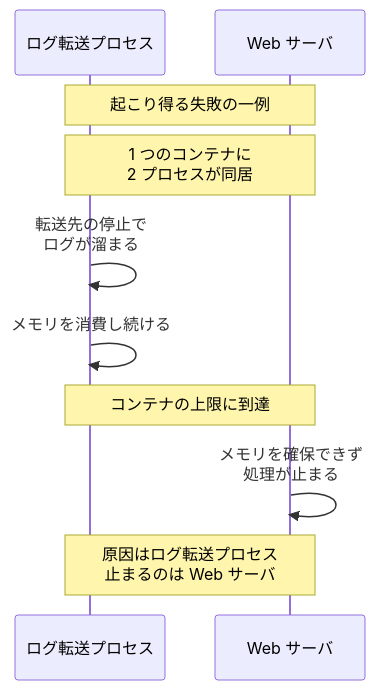
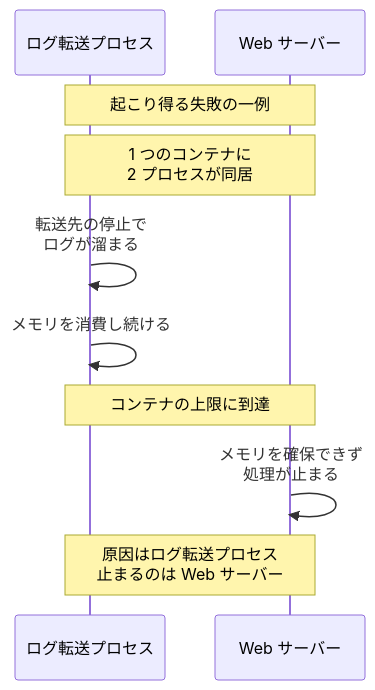
The second of 4 diagrams in content/notes/software-architecture/sidecar/index.md (nao1215/debimate), drawn with Mermaid before and after one commit. The commit also changed other lines of this file and 56 other files, not shown here.

````diff
--- a/content/notes/software-architecture/sidecar/index.md
+++ b/content/notes/software-architecture/sidecar/index.md
@@ -53,12 +53,12 @@
 ```mermaid
 sequenceDiagram
     participant L as ログ転送プロセス
-    participant W as Web サーバ
+    participant W as Web サーバー
     Note over L,W: 起こり得る失敗の一例
     Note over L,W: 1 つのコンテナに<br/>2 プロセスが同居
     L->>L: 転送先の停止で<br/>ログが溜まる
     L->>L: メモリを消費し続ける
     Note over L,W: コンテナの上限に到達
     W->>W: メモリを確保できず<br/>処理が止まる
-    Note over L,W: 原因はログ転送プロセス<br/>止まるのは Web サーバ
+    Note over L,W: 原因はログ転送プロセス<br/>止まるのは Web サーバー
 ```
````
